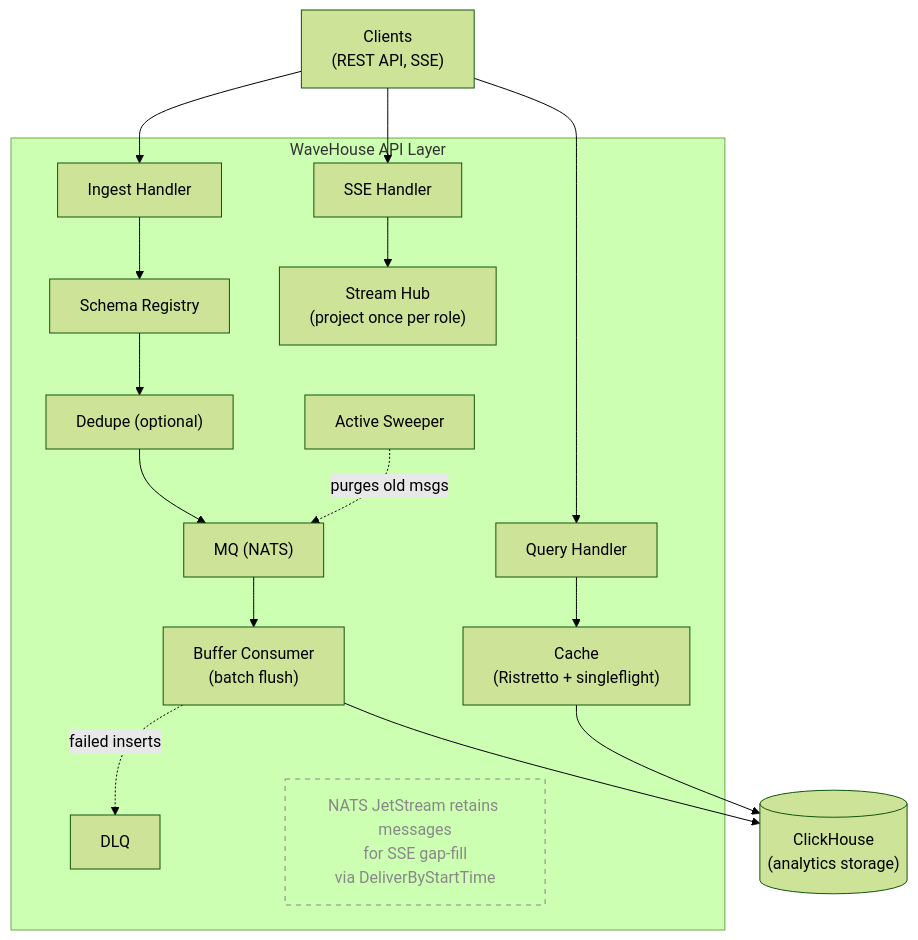
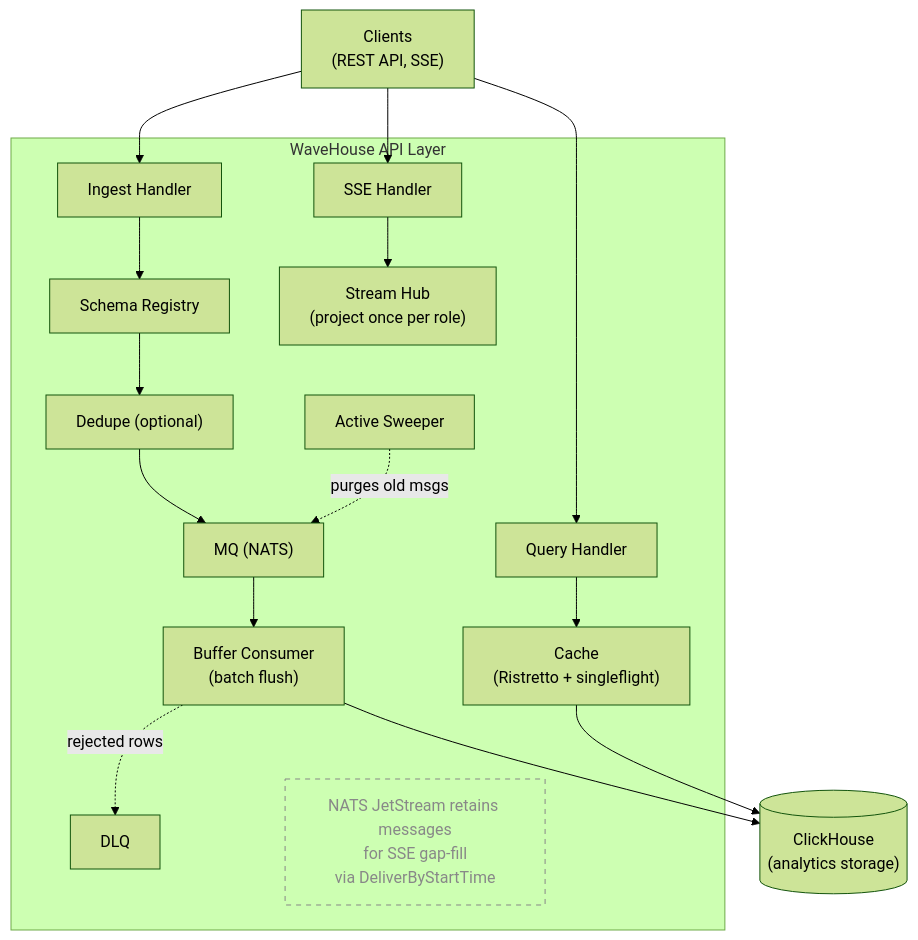
Before and after one commit to Wave-RF/WaveHouse: the diagram in docs/src/content/docs/architecture.md, drawn with Mermaid (forest theme). The commit also changed other lines of this file and 21 other files, not shown here.

````diff
--- a/docs/src/content/docs/architecture.md
+++ b/docs/src/content/docs/architecture.md
@@ -16,29 +16,29 @@
 ```mermaid
 flowchart TD
     Clients["Clients<br/>(REST API, SSE)"]:::client
 
     Clients --> IH
     Clients --> QH
     Clients --> SSH
 
     subgraph api["WaveHouse API Layer"]
         IH["Ingest Handler"] --> SR["Schema Registry"]
         SR --> DD["Dedupe (optional)"]
         DD --> MQ["MQ (NATS)"]
         MQ --> BC["Buffer Consumer<br/>(batch flush)"]
-        BC -.->|failed inserts| DLQ["DLQ"]:::fail
+        BC -.->|rejected rows| DLQ["DLQ"]:::fail
 
         QH["Query Handler"] --> Cache["Cache<br/>(Ristretto + singleflight)"]
 
         SSH["SSE Handler"] --> Hub["Stream Hub<br/>(project once per role)"]
 
         SW["Active Sweeper"] -.->|purges old msgs| MQ
 
         NATS["NATS JetStream retains messages<br/>for SSE gap-fill<br/>via DeliverByStartTime"]
     end
 
     BC --> CH[("ClickHouse<br/>(analytics storage)")]:::store
     Cache --> CH
 
     style NATS fill:none,stroke-dasharray:5 5,stroke:#888,color:#888
 ```
````
